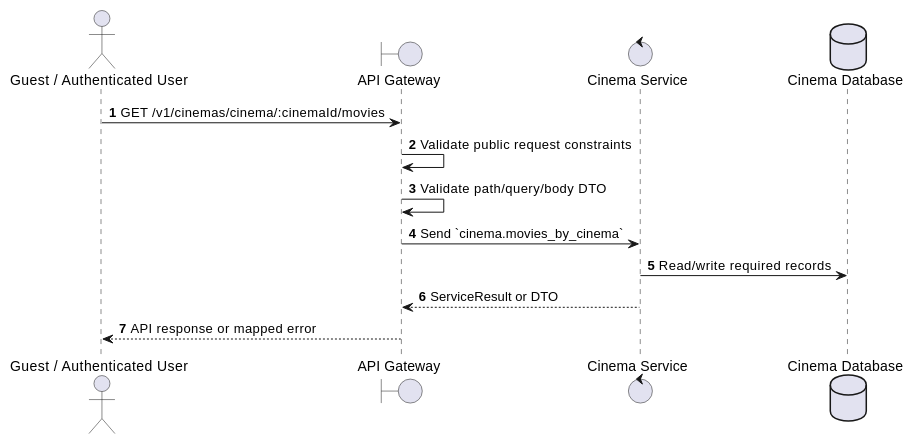
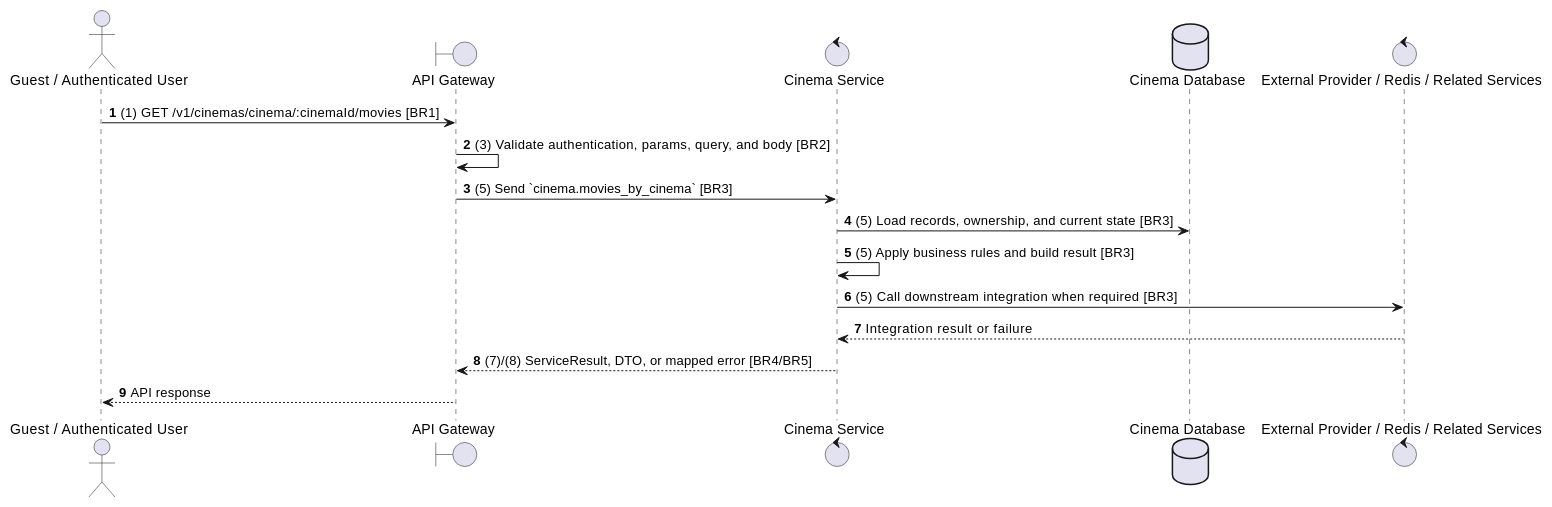
Before and after one commit to Tanh1603/movie-hub-architecture: the second of 2 diagrams in docs/functional_specs/3.4_Showtime_Scheduling/ST-09_Get_Movies_at_Cinema.md, drawn with PlantUML. The commit also changed other lines of this file and 129 other files, not shown here.

````diff
--- a/docs/functional_specs/3.4_Showtime_Scheduling/ST-09_Get_Movies_at_Cinema.md
+++ b/docs/functional_specs/3.4_Showtime_Scheduling/ST-09_Get_Movies_at_Cinema.md
@@ -17,17 +64,20 @@
 ```plantuml
 @startuml
 autonumber
 actor "Guest / Authenticated User" as Actor
 boundary "API Gateway" as GW
 control "Cinema Service" as SVC
 database "Cinema Database" as DB
+control "External Provider / Redis / Related Services" as EXT
 
-Actor -> GW: GET /v1/cinemas/cinema/:cinemaId/movies
-GW -> GW: Validate public request constraints
-GW -> GW: Validate path/query/body DTO
-GW -> SVC: Send `cinema.movies_by_cinema`
-SVC -> DB: Read/write required records
-SVC --> GW: ServiceResult or DTO
-GW --> Actor: API response or mapped error
+Actor -> GW: (1) GET /v1/cinemas/cinema/:cinemaId/movies [BR1]
+GW -> GW: (3) Validate authentication, params, query, and body [BR2]
+GW -> SVC: (5) Send `cinema.movies_by_cinema` [BR3]
+SVC -> DB: (5) Load records, ownership, and current state [BR3]
+SVC -> SVC: (5) Apply business rules and build result [BR3]
+SVC -> EXT: (5) Call downstream integration when required [BR3]
+EXT --> SVC: Integration result or failure
+SVC --> GW: (7)/(8) ServiceResult, DTO, or mapped error [BR4/BR5]
+GW --> Actor: API response
 @enduml
 ```
````
